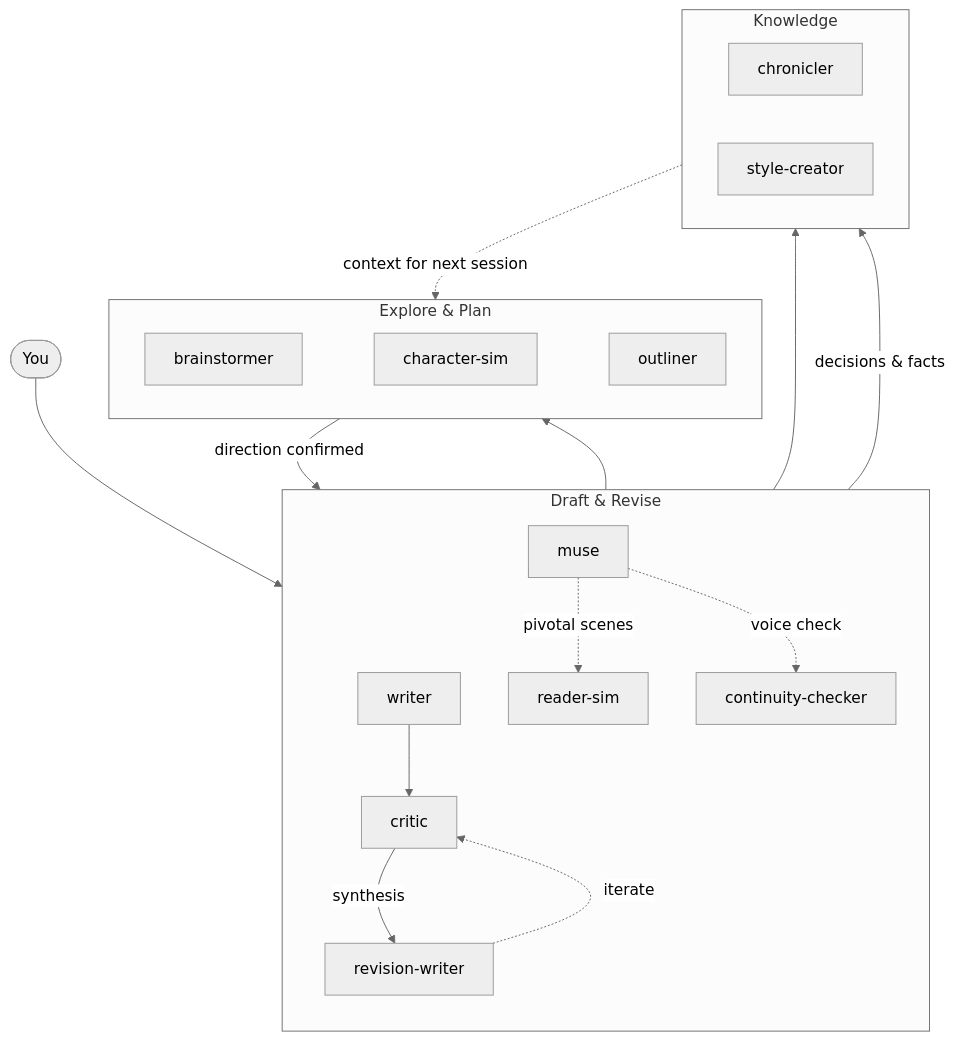
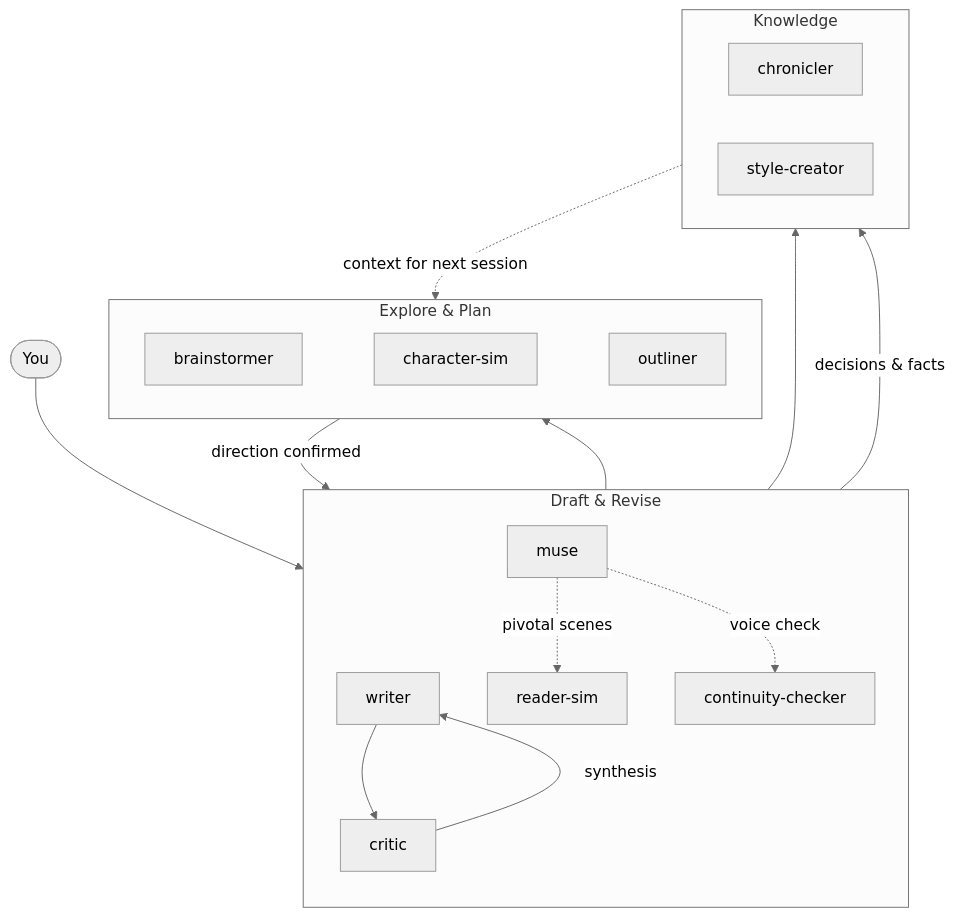
Before and after one commit to haowjy/creative-writing-skills: the diagram in README.md, drawn with Mermaid (neutral theme). The commit also changed other lines of this file and 56 other files, not shown here.

````diff
--- a/README.md
+++ b/README.md
@@ -75,33 +75,32 @@
 ```mermaid
 flowchart TB
     You([You]) --> M[muse]
 
     M --> Explore
     M --> Draft
     M --> Maintain
 
     subgraph Explore ["Explore & Plan"]
         direction LR
         B[brainstormer] ~~~ CS[character-sim]
         CS ~~~ O[outliner]
     end
 
     subgraph Draft ["Draft & Revise"]
         direction TB
         W[writer] --> CR[critic]
-        CR -->|synthesis| RW[revision-writer]
-        RW -.->|iterate| CR
+        CR -->|synthesis| W
         M -.->|pivotal scenes| RS[reader-sim]
         M -.->|voice check| CC[continuity-checker]
     end
 
     subgraph Maintain ["Knowledge"]
         direction LR
         CH[chronicler]
         SC[style-creator]
     end
 
     Explore -->|direction confirmed| Draft
     Draft -->|decisions & facts| Maintain
     Maintain -.->|context for next session| Explore
 ```
````
